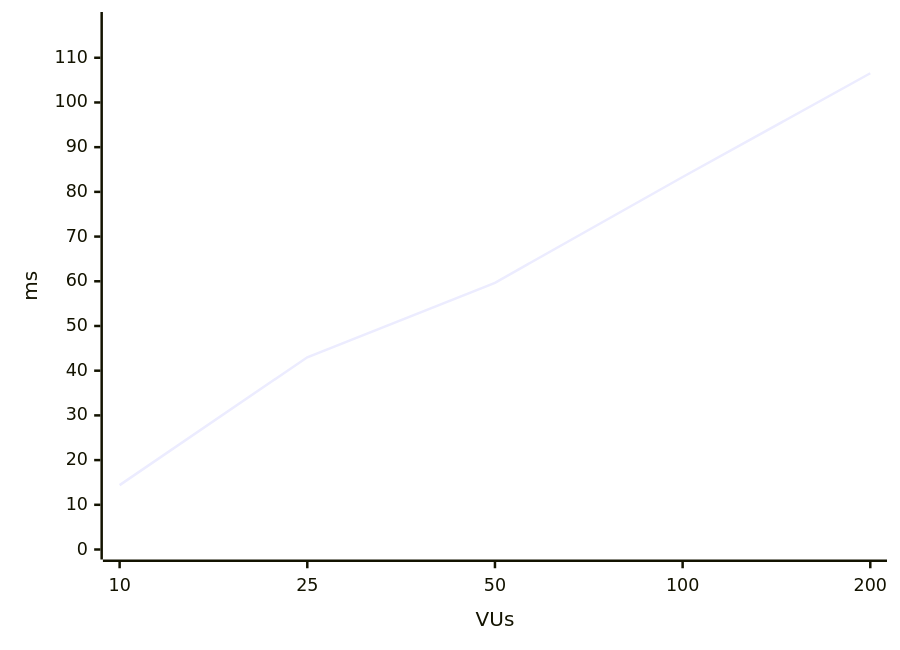
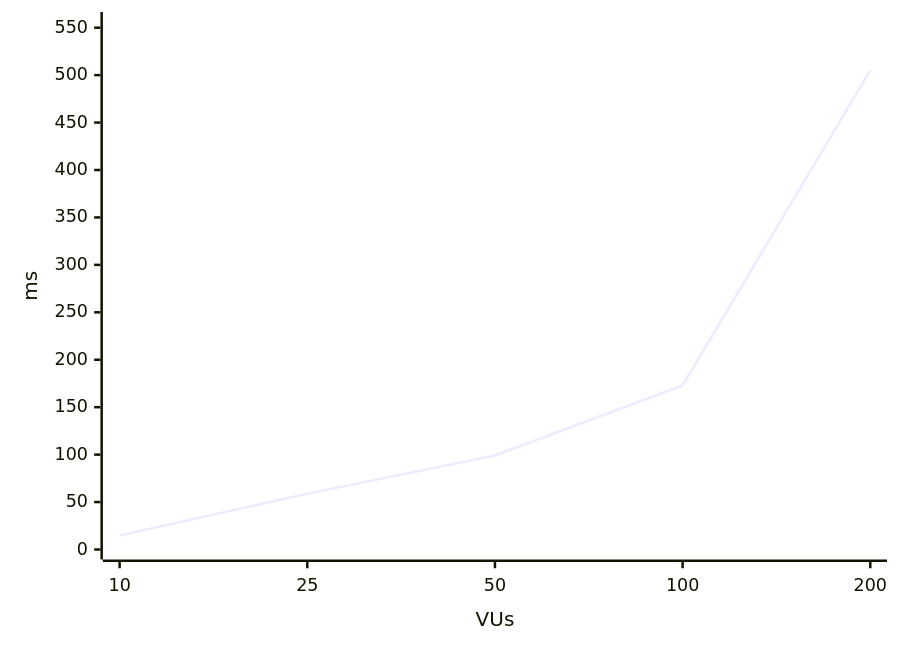
Before and after one commit to LYarmoliuk/OnlineTesting: the second of 4 diagrams in docs/lab5-read.md, drawn with Mermaid. The commit also changed other lines of this file and 52 other files, not shown here.

````diff
--- a/docs/lab5-read.md
+++ b/docs/lab5-read.md
@@ -29,6 +29,6 @@
 ```mermaid
 xychart-beta
   x-axis VUs [10, 25, 50, 100, 200]
-  y-axis ms 0 --> 118
-  line [14.4, 43, 59.66, 83.32, 106.53]
+  y-axis ms 0 --> 556
+  line [14.83, 58.83, 99.12, 172.89, 504.97]
 ```
````
